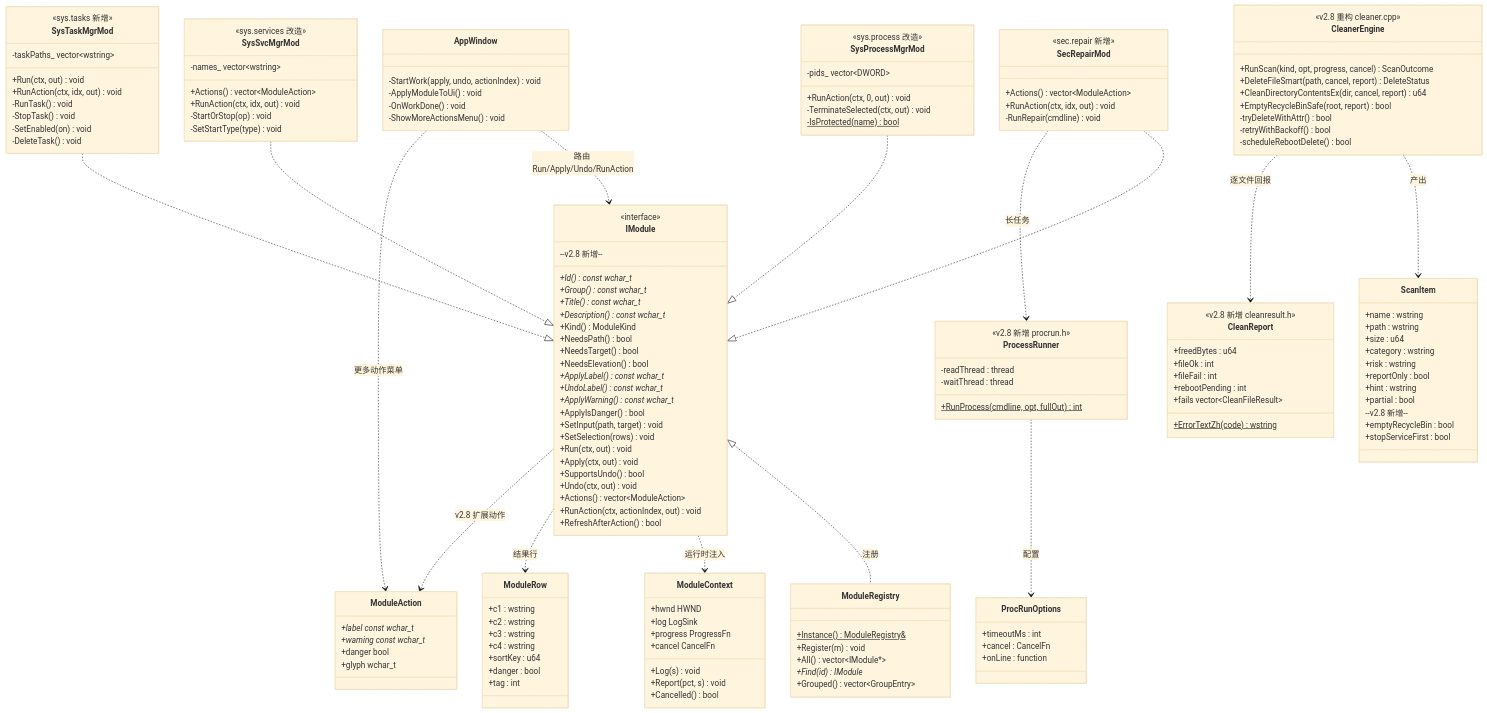
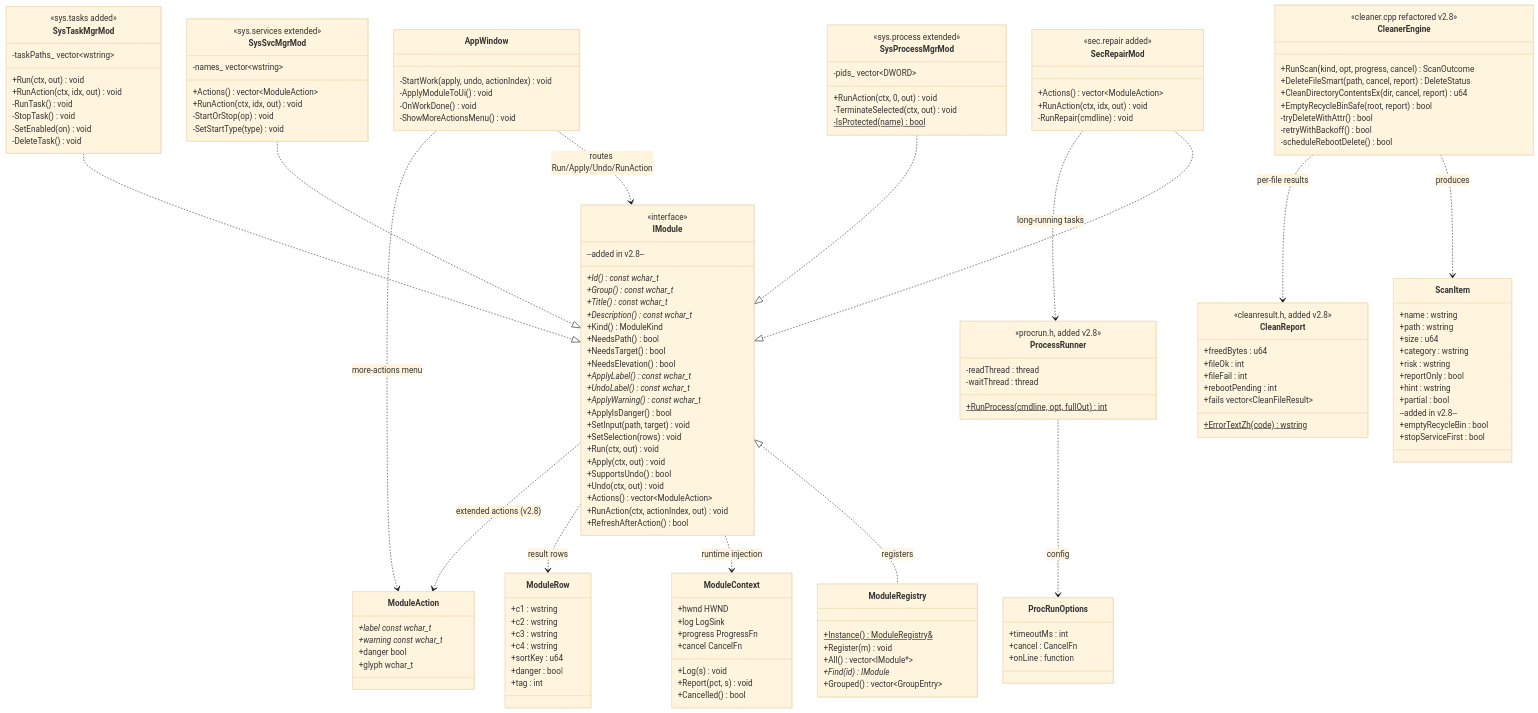
One commit to third8923/netadmin-toolbox changed the diagram in docs/class-diagram.mermaid. Above: the diagram before and after it, drawn with Mermaid (base theme). The commit also changed 30 other files, not shown here.

```diff
--- a/docs/class-diagram.mermaid
+++ b/docs/class-diagram.mermaid
@@ -1,168 +1,168 @@
 classDiagram
     direction TB
 
     class IModule {
         <<interface>>
         +Id() const wchar_t*
         +Group() const wchar_t*
         +Title() const wchar_t*
         +Description() const wchar_t*
         +Kind() ModuleKind
         +NeedsPath() bool
         +NeedsTarget() bool
         +NeedsElevation() bool
         +ApplyLabel() const wchar_t*
         +UndoLabel() const wchar_t*
         +ApplyWarning() const wchar_t*
         +ApplyIsDanger() bool
         +SetInput(path, target) void
         +SetSelection(rows) void
         +Run(ctx, out) void
         +Apply(ctx, out) void
         +SupportsUndo() bool
         +Undo(ctx, out) void
-        --v2.8 新增--
+        --added in v2.8--
         +Actions() vector~ModuleAction~
         +RunAction(ctx, actionIndex, out) void
         +RefreshAfterAction() bool
     }
 
     class ModuleAction {
         +label const wchar_t*
         +warning const wchar_t*
         +danger bool
         +glyph wchar_t
     }
 
     class ModuleRegistry {
         +Instance()$ ModuleRegistry&
         +Register(m) void
         +All() vector~IModule*~
         +Find(id) IModule*
         +Grouped() vector~GroupEntry~
     }
 
     class ModuleContext {
         +hwnd HWND
         +log LogSink
         +progress ProgressFn
         +cancel CancelFn
         +Log(s) void
         +Report(pct, s) void
         +Cancelled() bool
     }
 
     class ModuleRow {
         +c1 : wstring
         +c2 : wstring
         +c3 : wstring
         +c4 : wstring
         +sortKey : u64
         +danger : bool
         +tag : int
     }
 
     class ScanItem {
         +name : wstring
         +path : wstring
         +size : u64
         +category : wstring
         +risk : wstring
         +reportOnly : bool
         +hint : wstring
         +partial : bool
-        --v2.8 新增--
+        --added in v2.8--
         +emptyRecycleBin : bool
         +stopServiceFirst : bool
     }
 
     class CleanReport {
-        <<v2.8 新增 cleanresult.h>>
+        <<cleanresult.h, added v2.8>>
         +freedBytes : u64
         +fileOk : int
         +fileFail : int
         +rebootPending : int
         +fails vector~CleanFileResult~
         +ErrorTextZh(code)$ wstring
     }
 
     class CleanerEngine {
-        <<v2.8 重构 cleaner.cpp>>
+        <<cleaner.cpp refactored v2.8>>
         +RunScan(kind, opt, progress, cancel) ScanOutcome
         +DeleteFileSmart(path, cancel, report) DeleteStatus
         +CleanDirectoryContentsEx(dir, cancel, report) u64
         +EmptyRecycleBinSafe(root, report) bool
         -tryDeleteWithAttr() bool
         -retryWithBackoff() bool
         -scheduleRebootDelete() bool
     }
 
     class ProcessRunner {
-        <<v2.8 新增 procrun.h>>
+        <<procrun.h, added v2.8>>
         +RunProcess(cmdline, opt, fullOut)$ int
         -readThread : thread
         -waitThread : thread
     }
 
     class ProcRunOptions {
         +timeoutMs : int
         +cancel : CancelFn
         +onLine : function
     }
 
     class SysProcessMgrMod {
-        <<sys.process 改造>>
+        <<sys.process extended>>
         -pids_ vector~DWORD~
         +RunAction(ctx, 0, out) void
         -TerminateSelected(ctx, out) void
         -IsProtected(name)$ bool
     }
 
     class SysSvcMgrMod {
-        <<sys.services 改造>>
+        <<sys.services extended>>
         -names_ vector~wstring~
         +Actions() vector~ModuleAction~
         +RunAction(ctx, idx, out) void
         -StartOrStop(op) void
         -SetStartType(type) void
     }
 
     class SysTaskMgrMod {
-        <<sys.tasks 新增>>
+        <<sys.tasks added>>
         -taskPaths_ vector~wstring~
         +Run(ctx, out) void
         +RunAction(ctx, idx, out) void
         -RunTask() void
         -StopTask() void
         -SetEnabled(on) void
         -DeleteTask() void
     }
 
     class SecRepairMod {
-        <<sec.repair 新增>>
+        <<sec.repair added>>
         +Actions() vector~ModuleAction~
         +RunAction(ctx, idx, out) void
         -RunRepair(cmdline) void
     }
 
     class AppWindow {
         -StartWork(apply, undo, actionIndex) void
         -ApplyModuleToUi() void
         -OnWorkDone() void
         -ShowMoreActionsMenu() void
     }
 
-    IModule <|.. ModuleRegistry : 注册
-    IModule ..> ModuleContext : 运行时注入
-    IModule ..> ModuleRow : 结果行
-    IModule ..> ModuleAction : v2.8 扩展动作
+    IModule <|.. ModuleRegistry : registers
+    IModule ..> ModuleContext : runtime injection
+    IModule ..> ModuleRow : result rows
+    IModule ..> ModuleAction : extended actions (v2.8)
     SysProcessMgrMod ..|> IModule
     SysSvcMgrMod ..|> IModule
     SysTaskMgrMod ..|> IModule
     SecRepairMod ..|> IModule
-    CleanerEngine ..> ScanItem : 产出
-    CleanerEngine ..> CleanReport : 逐文件回报
-    ProcessRunner ..> ProcRunOptions : 配置
-    SecRepairMod ..> ProcessRunner : 长任务
-    AppWindow ..> IModule : 路由 Run/Apply/Undo/RunAction
-    AppWindow ..> ModuleAction : 更多动作菜单
+    CleanerEngine ..> ScanItem : produces
+    CleanerEngine ..> CleanReport : per-file results
+    ProcessRunner ..> ProcRunOptions : config
+    SecRepairMod ..> ProcessRunner : long-running tasks
+    AppWindow ..> IModule : routes Run/Apply/Undo/RunAction
+    AppWindow ..> ModuleAction : more-actions menu
```
